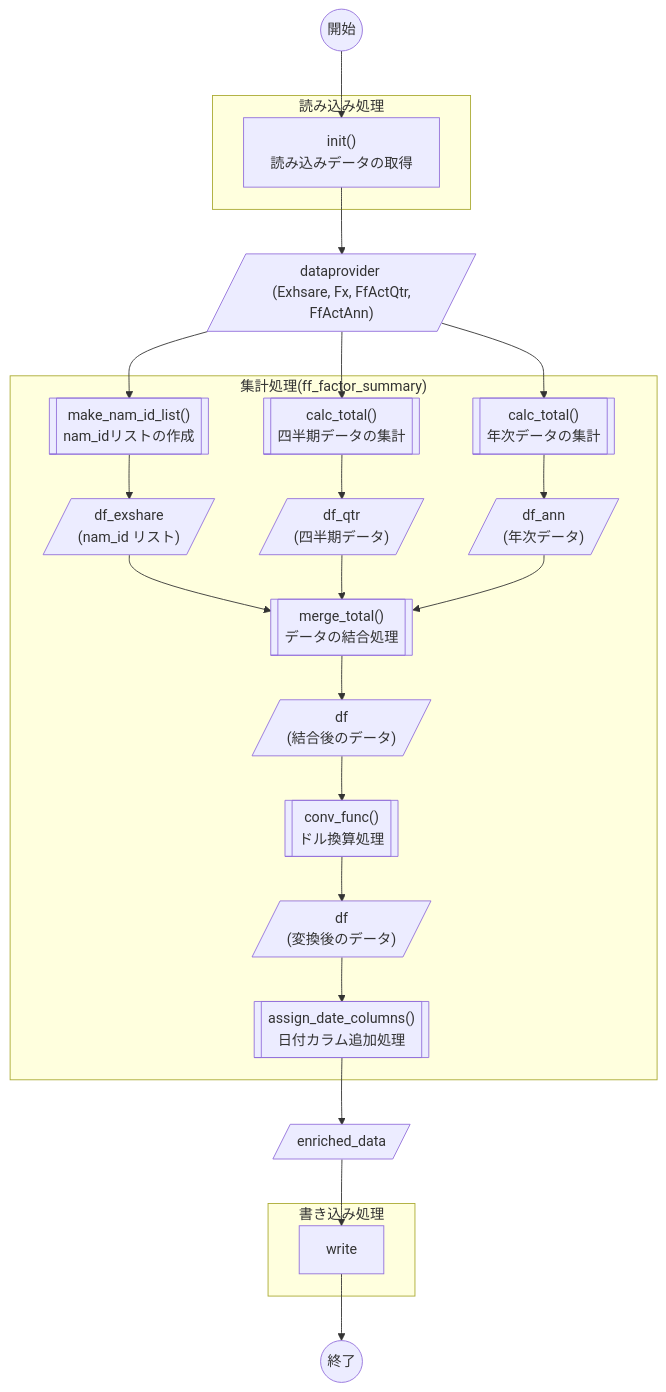
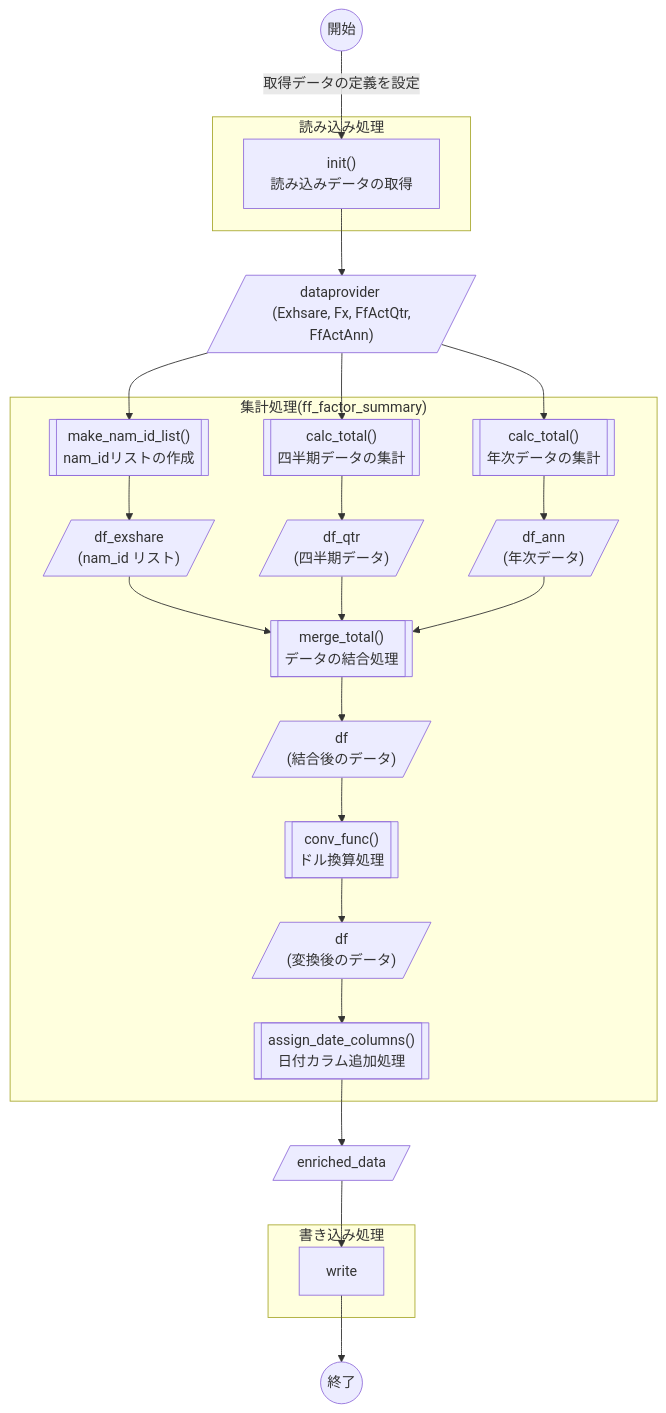
One commit to shinkoryo/test changed the diagram in mermaid.md. Above: the diagram before and after it, drawn with Mermaid.

````diff
--- a/mermaid.md
+++ b/mermaid.md
@@ -4,52 +4,52 @@
 ```mermaid
 graph TD
 
 start((開始))
 ed((終了))
 
 
 subgraph reader [読み込み処理]
   init["init() <br> 読み込みデータの取得"]
 end
 
 subgraph writer[書き込み処理]
   write
 end
 
 subgraph calc["集計処理(ff_factor_summary)       "]
   df_exshare[/"df_exshare <br> (nam_id リスト)"/]
   df_qtr[/"df_qtr <br> (四半期データ)"/]
   df_ann[/"df_ann <br> (年次データ)"/]
   df_merge[/"df <br> (結合後のデータ)"/]
   df_conv[/"df <br> (変換後のデータ)"/]
 
   make_nam_id_list[["make_nam_id_list() <br> nam_idリストの作成"]]
   calc_total1[["calc_total() <br> 四半期データの集計"]]
   calc_total2[["calc_total() <br> 年次データの集計"]]
   merge_total[["merge_total() <br> データの結合処理"]]
   conv[["conv_func() <br> ドル換算処理"]]
   assign_date_columns[["assign_date_columns() <br> 日付カラム追加処理"]]
 
 end
 
 
 dataprovider[/"dataprovider <br> (Exhsare, Fx, FfActQtr, FfActAnn)"/]
 enriched_data[/enriched_data/]
 
 
 
-start --> init
+start --> |取得データの定義を設定|init
 init --> dataprovider
 dataprovider --> make_nam_id_list --> df_exshare
 dataprovider --> calc_total1 --> df_qtr
 dataprovider --> calc_total2 --> df_ann
 
 df_exshare & df_qtr & df_ann --> merge_total 
 merge_total --> df_merge
 df_merge --> conv --> df_conv
 df_conv --> assign_date_columns --> enriched_data
 enriched_data --> write
 write --> ed
 
 
 ```
````
